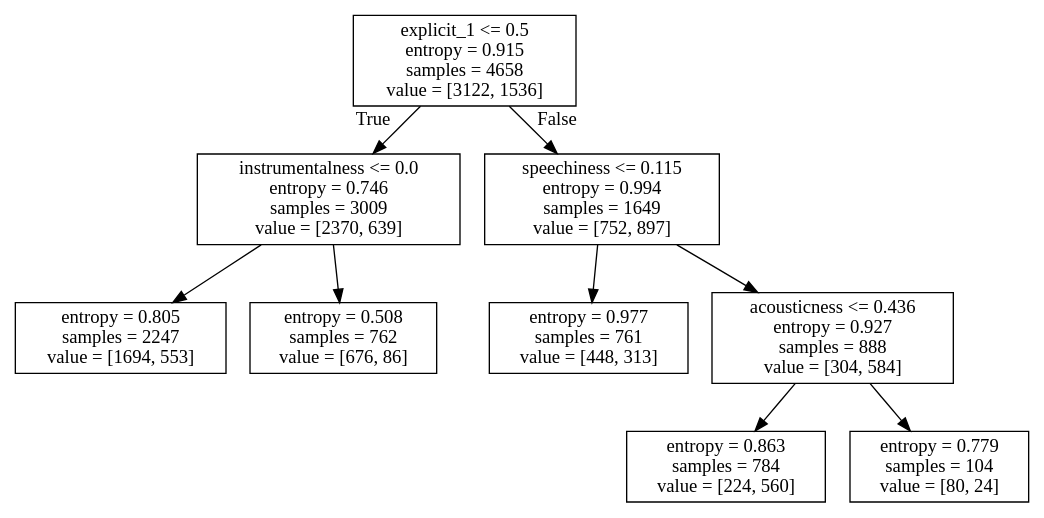
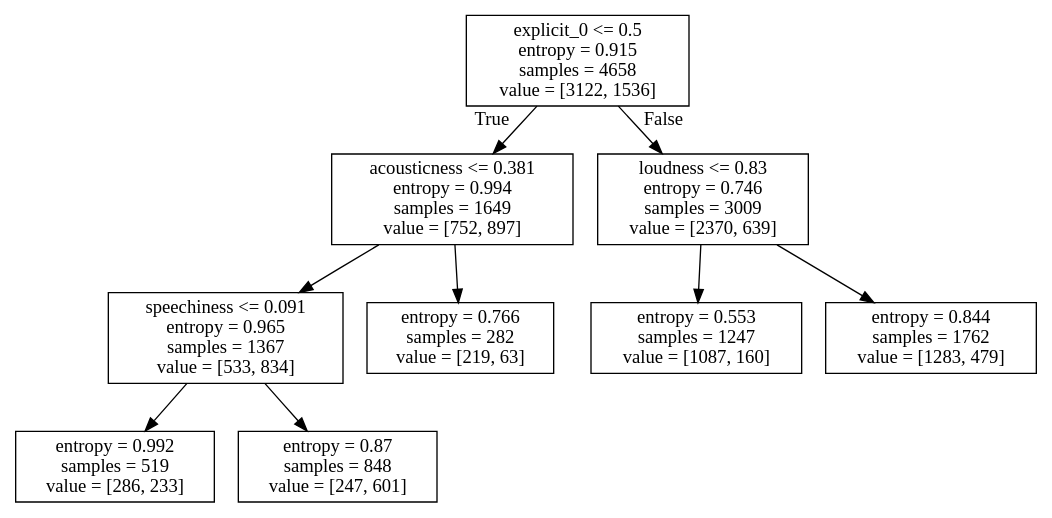
The diagram in rnb_DT.dot (CrystalCo/audio_features_popularity_classifiers), drawn with Graphviz before and after one commit. The commit also changed 14 other files, not shown here.

```diff
--- a/rnb_DT.dot
+++ b/rnb_DT.dot
@@ -1,20 +1,20 @@
 digraph Tree {
 node [shape=box] ;
-0 [label="explicit_1 <= 0.5\nentropy = 0.915\nsamples = 4658\nvalue = [3122, 1536]"] ;
-1 [label="instrumentalness <= 0.0\nentropy = 0.746\nsamples = 3009\nvalue = [2370, 639]"] ;
+0 [label="explicit_0 <= 0.5\nentropy = 0.915\nsamples = 4658\nvalue = [3122, 1536]"] ;
+1 [label="acousticness <= 0.381\nentropy = 0.994\nsamples = 1649\nvalue = [752, 897]"] ;
 0 -> 1 [labeldistance=2.5, labelangle=45, headlabel="True"] ;
-2 [label="entropy = 0.805\nsamples = 2247\nvalue = [1694, 553]"] ;
+2 [label="speechiness <= 0.091\nentropy = 0.965\nsamples = 1367\nvalue = [533, 834]"] ;
 1 -> 2 ;
-3 [label="entropy = 0.508\nsamples = 762\nvalue = [676, 86]"] ;
-1 -> 3 ;
-4 [label="speechiness <= 0.115\nentropy = 0.994\nsamples = 1649\nvalue = [752, 897]"] ;
-0 -> 4 [labeldistance=2.5, labelangle=-45, headlabel="False"] ;
-5 [label="entropy = 0.977\nsamples = 761\nvalue = [448, 313]"] ;
-4 -> 5 ;
-6 [label="acousticness <= 0.436\nentropy = 0.927\nsamples = 888\nvalue = [304, 584]"] ;
-4 -> 6 ;
-7 [label="entropy = 0.863\nsamples = 784\nvalue = [224, 560]"] ;
+3 [label="entropy = 0.992\nsamples = 519\nvalue = [286, 233]"] ;
+2 -> 3 ;
+4 [label="entropy = 0.87\nsamples = 848\nvalue = [247, 601]"] ;
+2 -> 4 ;
+5 [label="entropy = 0.766\nsamples = 282\nvalue = [219, 63]"] ;
+1 -> 5 ;
+6 [label="loudness <= 0.83\nentropy = 0.746\nsamples = 3009\nvalue = [2370, 639]"] ;
+0 -> 6 [labeldistance=2.5, labelangle=-45, headlabel="False"] ;
+7 [label="entropy = 0.553\nsamples = 1247\nvalue = [1087, 160]"] ;
 6 -> 7 ;
-8 [label="entropy = 0.779\nsamples = 104\nvalue = [80, 24]"] ;
+8 [label="entropy = 0.844\nsamples = 1762\nvalue = [1283, 479]"] ;
 6 -> 8 ;
 }
```
